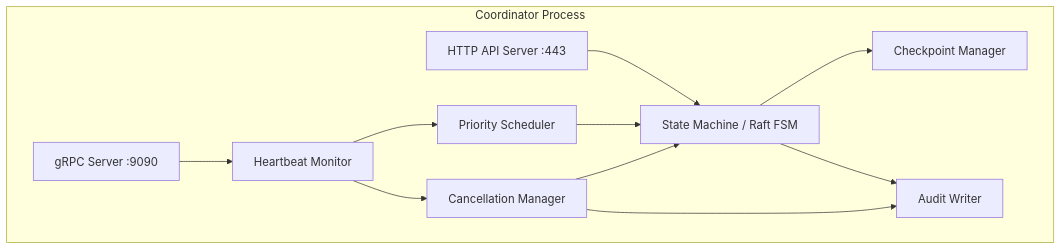
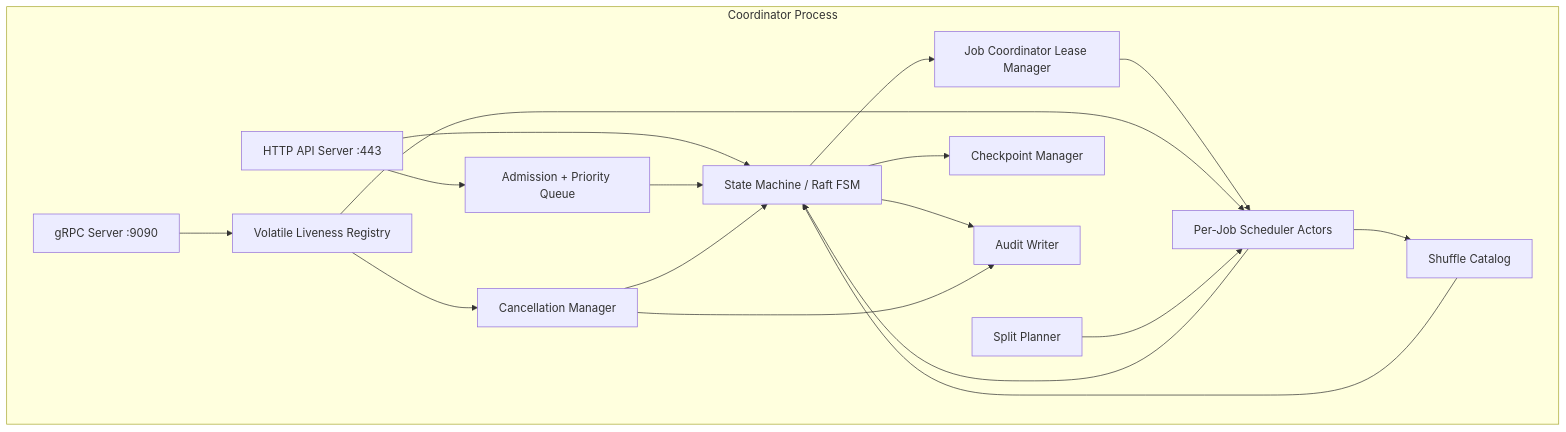
One commit to prateekpurohit13/frien changed the eighth of 29 diagrams in docs/FRIEN_ARCHITECTURE.md. Above: the diagram before and after it, drawn with Mermaid. The commit also changed other lines of this file, not shown here.

````diff
--- a/docs/FRIEN_ARCHITECTURE.md
+++ b/docs/FRIEN_ARCHITECTURE.md
@@ -412,23 +475,34 @@
 ```mermaid
 graph TB
     subgraph "Coordinator Process"
         API[HTTP API Server :443]
         GRPC[gRPC Server :9090]
-        SCHED[Priority Scheduler]
+        ADMIT[Admission + Priority Queue]
+        LEASE[Job Coordinator Lease Manager]
+        SPLIT[Split Planner]
+        SCHED[Per-Job Scheduler Actors]
         SM[State Machine / Raft FSM]
-        HB[Heartbeat Monitor]
+        LIVE[Volatile Liveness Registry]
+        SHUF[Shuffle Catalog]
         CKPT[Checkpoint Manager]
         AUDIT_W[Audit Writer]
         CANCEL[Cancellation Manager]
 
         API --> SM
-        GRPC --> HB
-        HB --> SCHED
-        HB --> CANCEL
+        API --> ADMIT
+        ADMIT --> SM
+        SM --> LEASE
+        LEASE --> SCHED
+        GRPC --> LIVE
+        LIVE --> SCHED
+        LIVE --> CANCEL
+        SPLIT --> SCHED
+        SCHED --> SHUF
         SCHED --> SM
         SM --> CKPT
         SM --> AUDIT_W
         CANCEL --> SM
+        SHUF --> SM
         CANCEL --> AUDIT_W
     end
 ```
````
